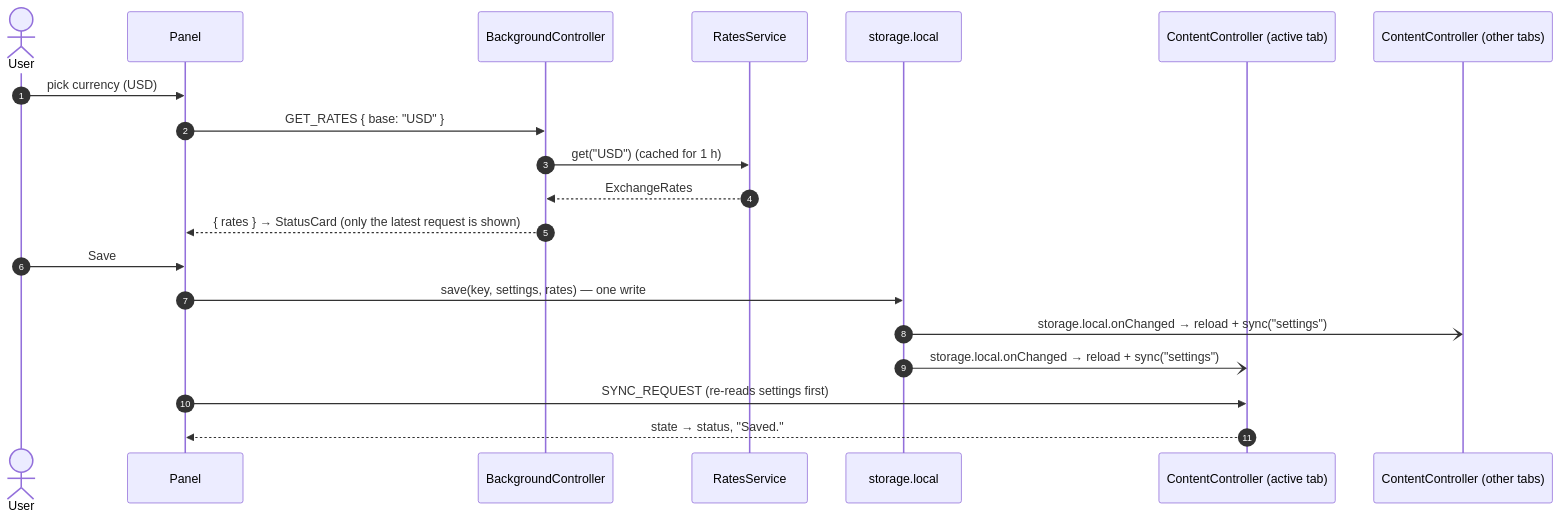
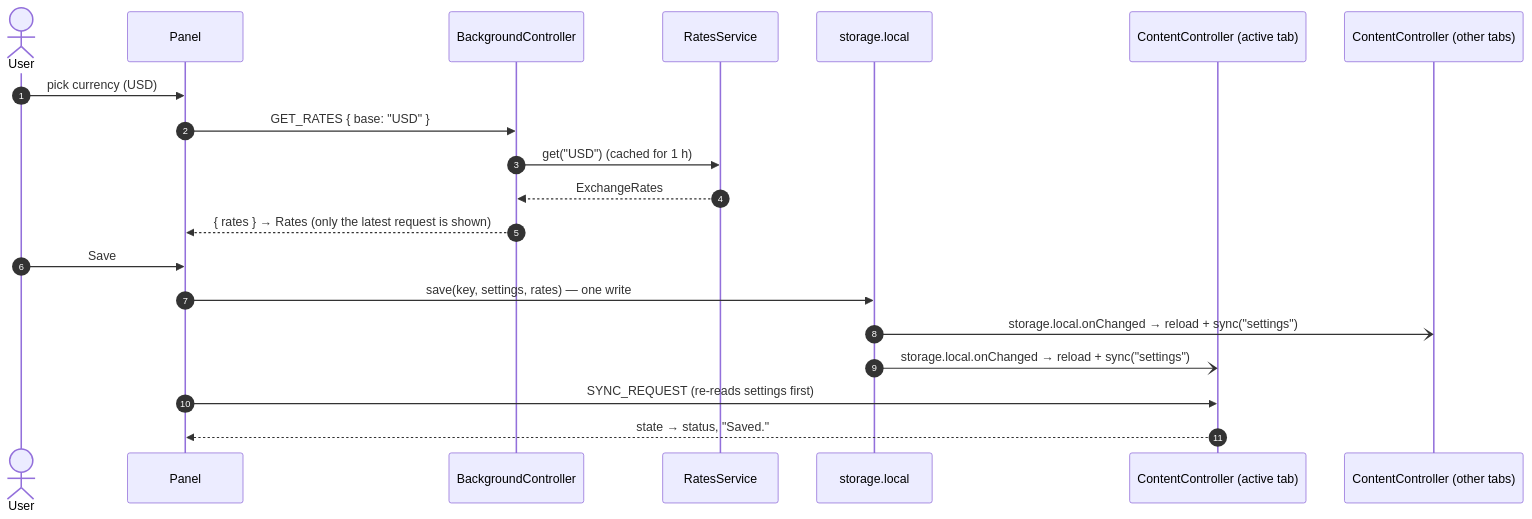
Before and after one commit to radyak/minerva-browserplugin: the sixth of 8 diagrams in docs/architecture.md, drawn with Mermaid. The commit also changed other lines of this file and 9 other files, not shown here.

````diff
--- a/docs/architecture.md
+++ b/docs/architecture.md
@@ -365,23 +366,23 @@
 ```mermaid
 sequenceDiagram
   autonumber
   actor User
   participant PC as Panel
   participant BC as BackgroundController
   participant RS as RatesService
   participant Store as storage.local
   participant Tab as ContentController (active tab)
   participant Other as ContentController (other tabs)
 
   User->>PC: pick currency (USD)
   PC->>BC: GET_RATES { base: "USD" }
   BC->>RS: get("USD") (cached for 1 h)
   RS-->>BC: ExchangeRates
-  BC-->>PC: { rates } → StatusCard (only the latest request is shown)
+  BC-->>PC: { rates } → Rates (only the latest request is shown)
   User->>PC: Save
   PC->>Store: save(key, settings, rates) — one write
   Store-)Other: storage.local.onChanged → reload + sync("settings")
   Store-)Tab: storage.local.onChanged → reload + sync("settings")
   PC->>Tab: SYNC_REQUEST (re-reads settings first)
   Tab-->>PC: state → status, "Saved."
 ```
````
